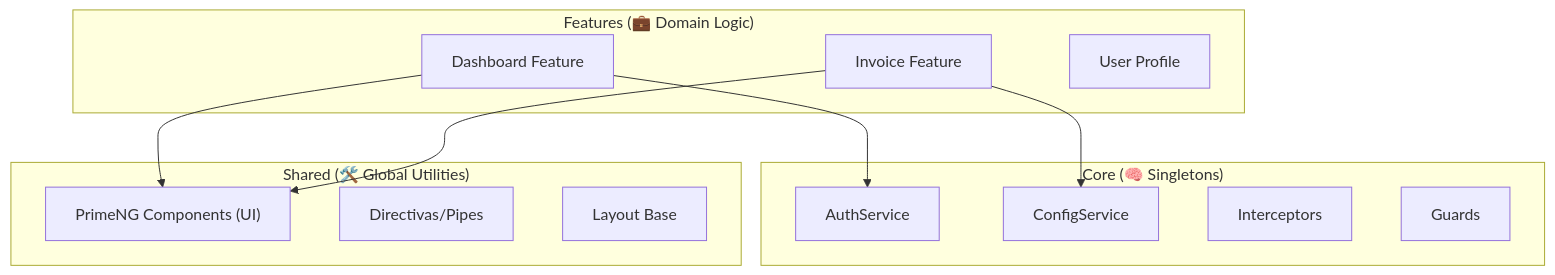
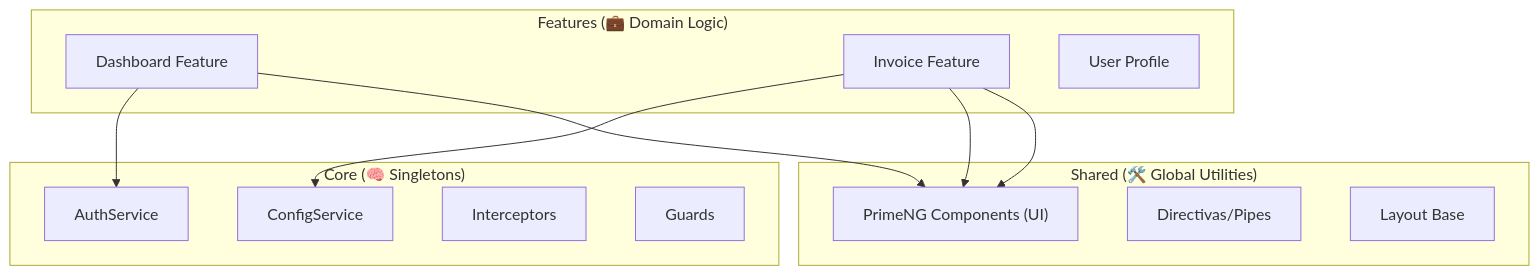
One commit to henrytaby/an-uyuni-frontend changed the first of 3 diagrams in docs/ARCHITECTURE.md. Above: the diagram before and after it, drawn with Mermaid. The commit also changed other lines of this file, not shown here.

Commit message:
update guide architecture

````diff
--- a/docs/ARCHITECTURE.md
+++ b/docs/ARCHITECTURE.md
@@ -16,26 +16,27 @@
 ```mermaid
 graph TD
     subgraph "Core (🧠 Singletons)"
         AuthService
         ConfigService
         Interceptors
         Guards
     end
 
     subgraph "Shared (🛠️ Global Utilities)"
         UIComponents["PrimeNG Components (UI)"]
         Directives[Directivas/Pipes]
         Layouts[Layout Base]
     end
 
     subgraph "Features (💼 Domain Logic)"
         FeatureA[Dashboard Feature]
         FeatureB[Invoice Feature]
         FeatureC[User Profile]
     end
 
     FeatureA --> AuthService
     FeatureA --> UIComponents
     FeatureB --> ConfigService
     FeatureB --> UIComponents
+    FeatureB --> UIComponents
 ```
````
